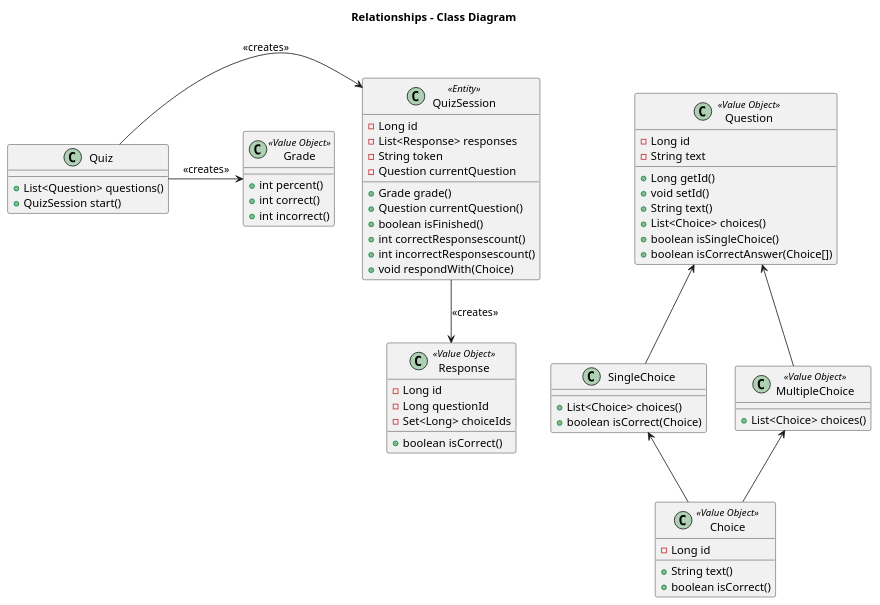
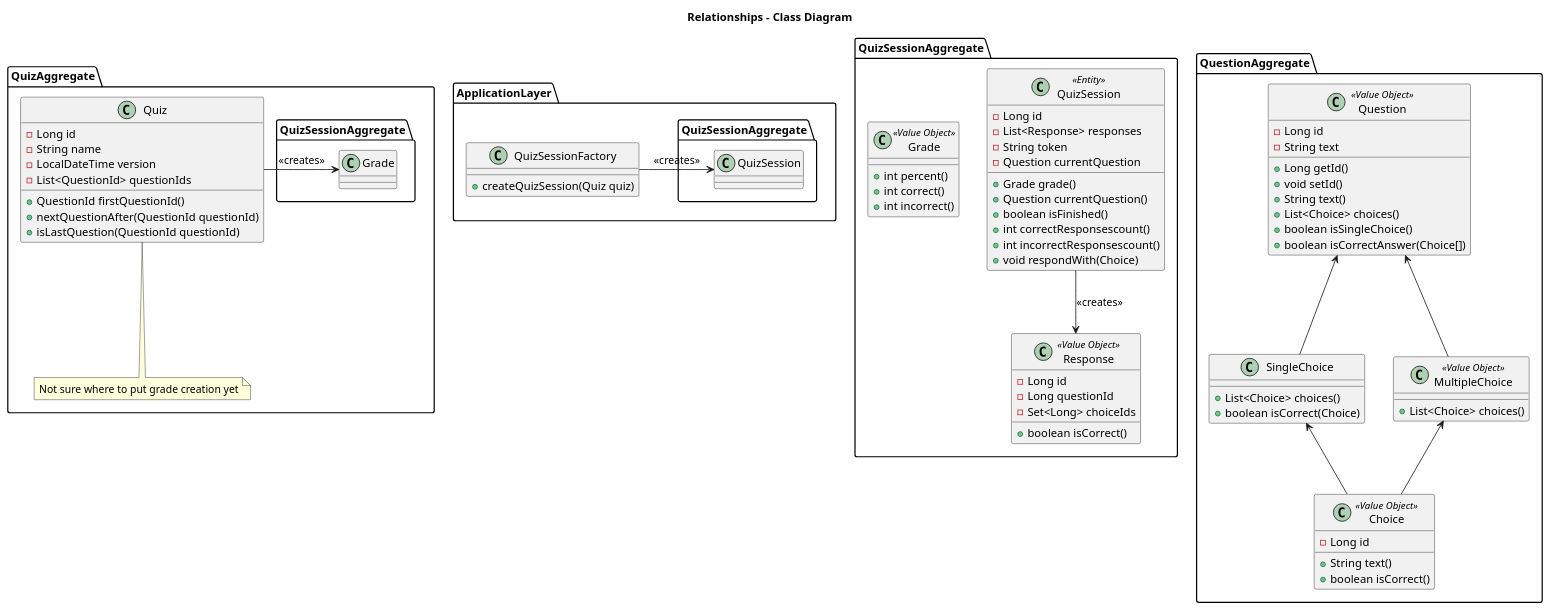
Before and after one commit to TomSpencerLondon/Quiz: the diagram in src/main/resources/diagrams/classDiagram.puml, drawn with PlantUML. The commit also changed 19 other files, not shown here.

Commit message:
Rename /quiz to /question for submitting question

```diff
--- a/src/main/resources/diagrams/classDiagram.puml
+++ b/src/main/resources/diagrams/classDiagram.puml
@@ -1,69 +1,89 @@
 @startuml
 title Relationships - Class Diagram
 
-class Quiz {
-  + List<Question> questions()
-  + QuizSession start()
+namespace QuizAggregate {
+    class Quiz {
+      - Long id
+      - String name
+      - LocalDateTime version
+      - List<QuestionId> questionIds
+      + QuestionId firstQuestionId()
+      + nextQuestionAfter(QuestionId questionId)
+      + isLastQuestion(QuestionId questionId)
+    }
+
+    Quiz -> QuizSessionAggregate.Grade : <<creates>>
+    note bottom of Quiz: Not sure where to put grade creation yet
 }
 
-class Grade <<Value Object>> {
-  + int percent()
-  + int correct()
-  + int incorrect()
+namespace ApplicationLayer {
+    class QuizSessionFactory {
+        + createQuizSession(Quiz quiz)
+    }
+    QuizSessionFactory -> QuizSessionAggregate.QuizSession : <<creates>>
 }
 
-class QuizSession <<Entity>> {
-  - Long id
-  - List<Response> responses
-  - String token
-  - Question currentQuestion
-  + Grade grade()
-  + Question currentQuestion()
-  + boolean isFinished()
-  + int correctResponsescount()
-  + int incorrectResponsescount()
-  + void respondWith(Choice)
+
+namespace QuizSessionAggregate {
+    class QuizSession <<Entity>> {
+      - Long id
+      - List<Response> responses
+      - String token
+      - Question currentQuestion
+      + Grade grade()
+      + Question currentQuestion()
+      + boolean isFinished()
+      + int correctResponsescount()
+      + int incorrectResponsescount()
+      + void respondWith(Choice)
+    }
+    class Response <<Value Object>> {
+      - Long id
+      - Long questionId
+      - Set<Long> choiceIds
+      + boolean isCorrect()
+    }
+
+    class Grade <<Value Object>> {
+      + int percent()
+      + int correct()
+      + int incorrect()
+    }
+
+    QuizSession -down-> Response : <<creates>>
 }
 
-class Question <<Value Object>> {
-  - Long id
-  - String text
-  + Long getId()
-  + void setId()
-  + String text()
-  + List<Choice> choices()
-  + boolean isSingleChoice()
-  + boolean isCorrectAnswer(Choice[])
+namespace QuestionAggregate {
+    class Question <<Value Object>> {
+      - Long id
+      - String text
+      + Long getId()
+      + void setId()
+      + String text()
+      + List<Choice> choices()
+      + boolean isSingleChoice()
+      + boolean isCorrectAnswer(Choice[])
+    }
+
+    class SingleChoice {
+      + List<Choice> choices()
+      + boolean isCorrect(Choice)
+    }
+
+    class MultipleChoice <<Value Object>> {
+      + List<Choice> choices()
+    }
+
+    class Choice <<Value Object>> {
+      - Long id
+      + String text()
+      + boolean isCorrect()
+    }
+
+    Question <-down- SingleChoice
+    Question <-down- MultipleChoice
+    SingleChoice <-down- Choice
+    MultipleChoice <-down- Choice
 }
 
-class Response <<Value Object>> {
-  - Long id
-  - Long questionId
-  - Set<Long> choiceIds
-  + boolean isCorrect()
-}
-
-class SingleChoice {
-  + List<Choice> choices()
-  + boolean isCorrect(Choice)
-}
-
-class MultipleChoice <<Value Object>> {
-  + List<Choice> choices()
-}
-
-class Choice <<Value Object>> {
-  - Long id
-  + String text()
-  + boolean isCorrect()
-}
-
-Quiz -> QuizSession : <<creates>>
-Quiz -> Grade : <<creates>>
-QuizSession -down-> Response : <<creates>>
-Question <-down- SingleChoice
-Question <-down- MultipleChoice
-SingleChoice <-down- Choice
-MultipleChoice <-down- Choice
-
 @enduml
```
